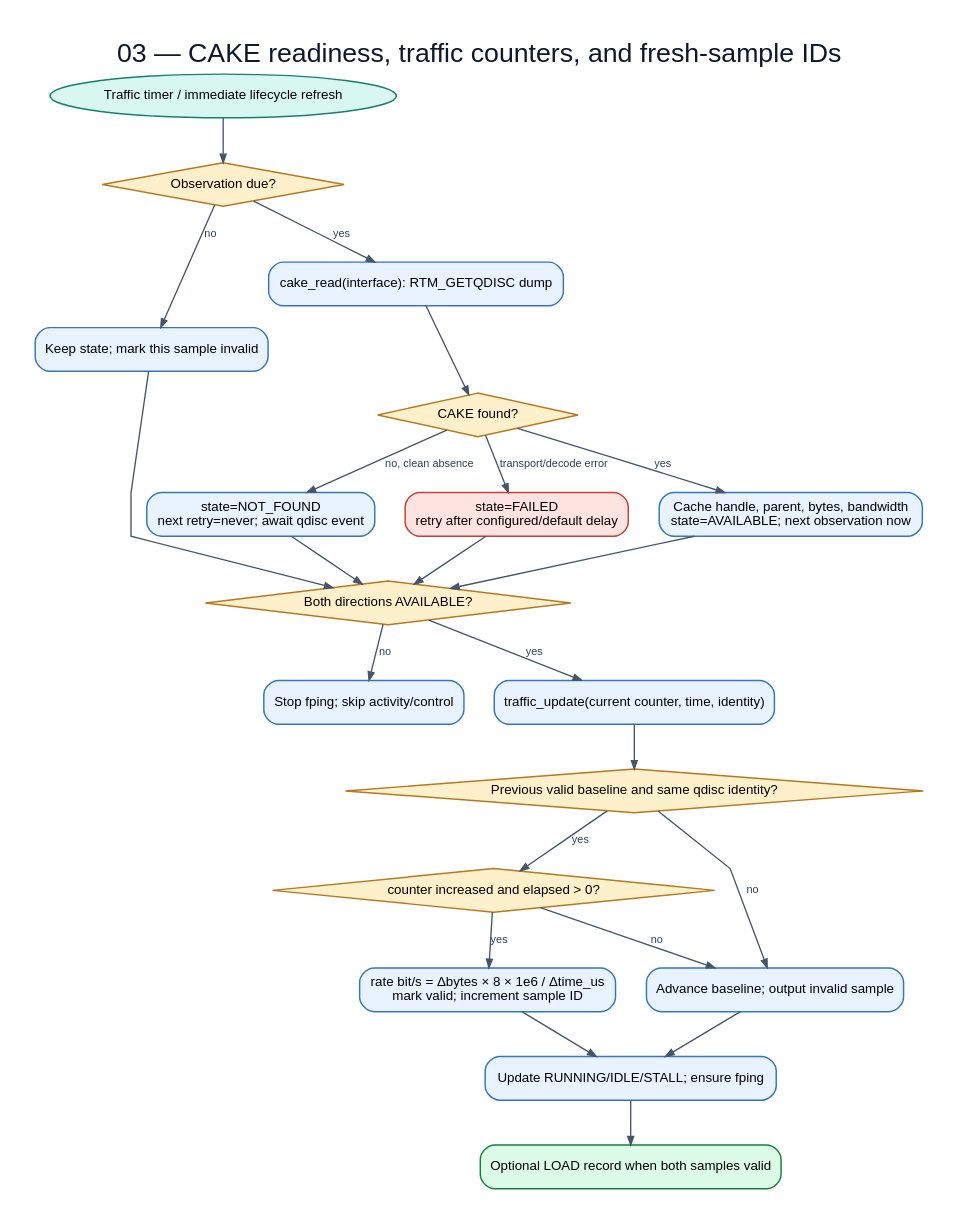
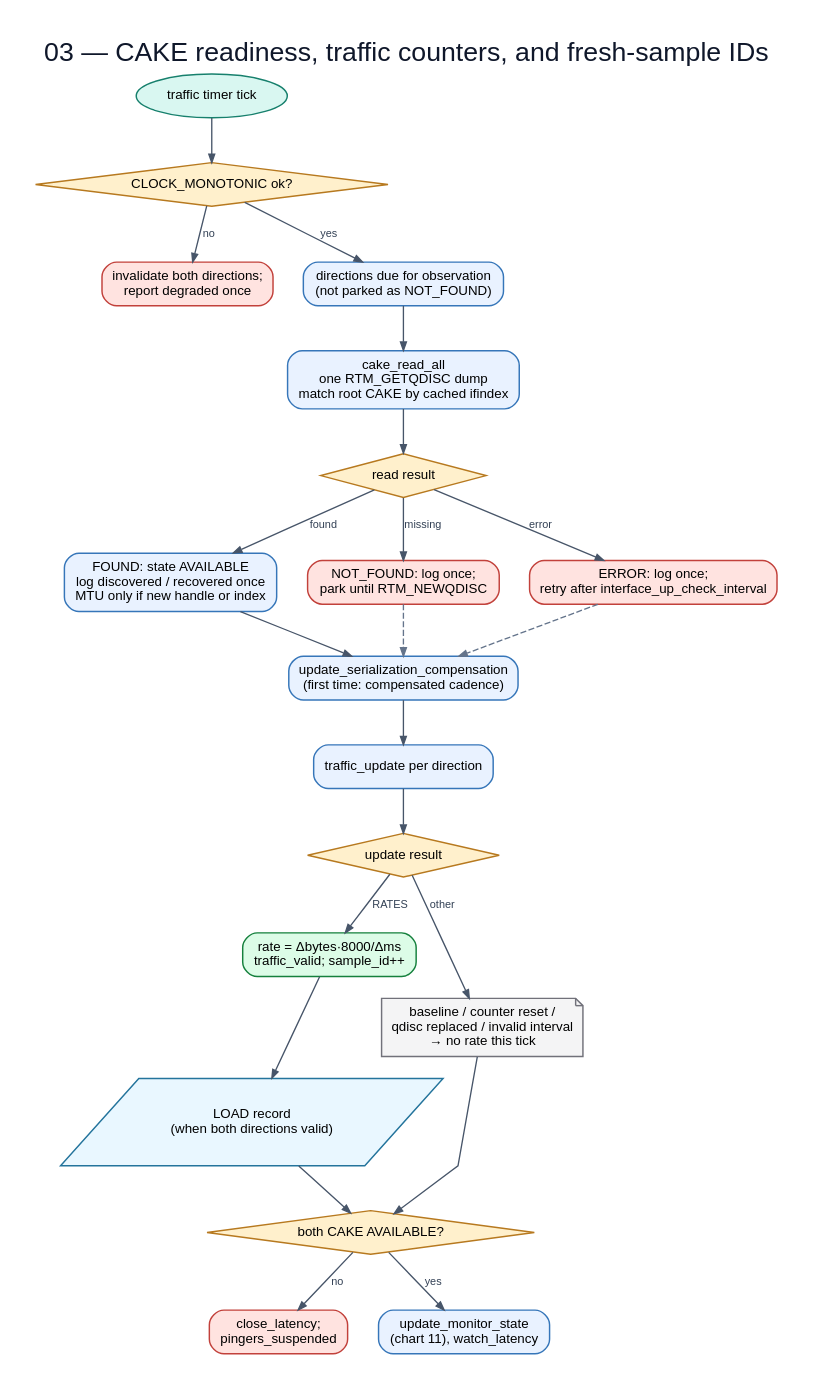
Before and after one commit to huydoan94/cake-adapt: the diagram in flowchart/diagrams/03-cake-and-traffic.dot, drawn with Graphviz. The commit also changed 38 other files, not shown here.

First line of the commit message:
Redraw the flowcharts from the current sources

```diff
--- a/flowchart/diagrams/03-cake-and-traffic.dot
+++ b/flowchart/diagrams/03-cake-and-traffic.dot
@@ -1,43 +1,43 @@
 digraph G {
   graph [rankdir=TB,bgcolor="white",pad="0.30",nodesep="0.35",ranksep="0.48",splines=polyline,fontname="Arial",label="03 — CAKE readiness, traffic counters, and fresh-sample IDs",labelloc=t,fontsize=22,fontcolor="#0f172a"];
   node [fontname="Arial",fontsize=11,margin="0.14,0.09",penwidth=1.2];
   edge [fontname="Arial",fontsize=9,color="#475569",fontcolor="#334155",arrowsize=0.7,penwidth=1.1];
-  tick [label="Traffic timer / immediate lifecycle refresh",shape=oval,style="filled",fillcolor="#d9f7f1",color="#17806d"];
-  due [label="Observation due?",shape=diamond,style="filled",fillcolor="#fff0cc",color="#b7791f"];
-  cached [label="Keep state; mark this sample invalid",shape=box,style="rounded,filled",fillcolor="#e9f2ff",color="#3676b9"];
-  dump [label="cake_read(interface): RTM_GETQDISC dump",shape=box,style="rounded,filled",fillcolor="#e9f2ff",color="#3676b9"];
-  found [label="CAKE found?",shape=diamond,style="filled",fillcolor="#fff0cc",color="#b7791f"];
-  avail [label="Cache handle, parent, bytes, bandwidth\nstate=AVAILABLE; next observation now",shape=box,style="rounded,filled",fillcolor="#e9f2ff",color="#3676b9"];
-  notfound [label="state=NOT_FOUND\nnext retry=never; await qdisc event",shape=box,style="rounded,filled",fillcolor="#e9f2ff",color="#3676b9"];
-  failed [label="state=FAILED\nretry after configured/default delay",shape=box,style="rounded,filled",fillcolor="#ffe3e0",color="#c2413b"];
-  ready [label="Both directions AVAILABLE?",shape=diamond,style="filled",fillcolor="#fff0cc",color="#b7791f"];
-  close [label="Stop fping; skip activity/control",shape=box,style="rounded,filled",fillcolor="#e9f2ff",color="#3676b9"];
-  sample [label="traffic_update(current counter, time, identity)",shape=box,style="rounded,filled",fillcolor="#e9f2ff",color="#3676b9"];
-  baseline [label="Previous valid baseline and same qdisc identity?",shape=diamond,style="filled",fillcolor="#fff0cc",color="#b7791f"];
-  delta [label="counter increased and elapsed > 0?",shape=diamond,style="filled",fillcolor="#fff0cc",color="#b7791f"];
-  invalid [label="Advance baseline; output invalid sample",shape=box,style="rounded,filled",fillcolor="#e9f2ff",color="#3676b9"];
-  rate [label="rate bit/s = Δbytes × 8 × 1e6 / Δtime_us\nmark valid; increment sample ID",shape=box,style="rounded,filled",fillcolor="#e9f2ff",color="#3676b9"];
-  activity [label="Update RUNNING/IDLE/STALL; ensure fping",shape=box,style="rounded,filled",fillcolor="#e9f2ff",color="#3676b9"];
-  log [label="Optional LOAD record when both samples valid",shape=box,style="rounded,filled,bold",fillcolor="#dcfce7",color="#15803d"];
-  tick -> due;
-  due -> cached [label="no"];
-  due -> dump [label="yes"];
-  dump -> found;
-  found -> avail [label="yes"];
-  found -> notfound [label="no, clean absence"];
-  found -> failed [label="transport/decode error"];
-  cached -> ready;
-  avail -> ready;
-  notfound -> ready;
-  failed -> ready;
-  ready -> close [label="no"];
-  ready -> sample [label="yes"];
-  sample -> baseline;
-  baseline -> invalid [label="no"];
-  baseline -> delta [label="yes"];
-  delta -> invalid [label="no"];
-  delta -> rate [label="yes"];
-  invalid -> activity;
-  rate -> activity;
-  activity -> log;
+  tick [label="traffic timer tick",shape=oval,style="filled",fillcolor="#d9f7f1",color="#17806d"];
+  clock [label="CLOCK_MONOTONIC ok?",shape=diamond,style="filled",fillcolor="#fff0cc",color="#b7791f"];
+  clockfail [label="invalidate both directions;\nreport degraded once",shape=box,style="rounded,filled",fillcolor="#ffe3e0",color="#c2413b"];
+  due [label="directions due for observation\n(not parked as NOT_FOUND)",shape=box,style="rounded,filled",fillcolor="#e9f2ff",color="#3676b9"];
+  dump [label="cake_read_all\none RTM_GETQDISC dump\nmatch root CAKE by cached ifindex",shape=box,style="rounded,filled",fillcolor="#e9f2ff",color="#3676b9"];
+  result [label="read result",shape=diamond,style="filled",fillcolor="#fff0cc",color="#b7791f"];
+  found [label="FOUND: state AVAILABLE\nlog discovered / recovered once\nMTU only if new handle or index",shape=box,style="rounded,filled",fillcolor="#e9f2ff",color="#3676b9"];
+  notfound [label="NOT_FOUND: log once;\npark until RTM_NEWQDISC",shape=box,style="rounded,filled",fillcolor="#ffe3e0",color="#c2413b"];
+  error [label="ERROR: log once;\nretry after interface_up_check_interval",shape=box,style="rounded,filled",fillcolor="#ffe3e0",color="#c2413b"];
+  comp [label="update_serialization_compensation\n(first time: compensated cadence)",shape=box,style="rounded,filled",fillcolor="#e9f2ff",color="#3676b9"];
+  traffic [label="traffic_update per direction",shape=box,style="rounded,filled",fillcolor="#e9f2ff",color="#3676b9"];
+  tresult [label="update result",shape=diamond,style="filled",fillcolor="#fff0cc",color="#b7791f"];
+  rate [label="rate = Δbytes·8000/Δms\ntraffic_valid; sample_id++",shape=box,style="rounded,filled,bold",fillcolor="#dcfce7",color="#15803d"];
+  rebase [label="baseline / counter reset /\nqdisc replaced / invalid interval\n→ no rate this tick",shape=note,style="filled",fillcolor="#f4f4f5",color="#71717a"];
+  load [label="LOAD record\n(when both directions valid)",shape=parallelogram,style="filled",fillcolor="#e9f7ff",color="#24749c"];
+  ready [label="both CAKE AVAILABLE?",shape=diamond,style="filled",fillcolor="#fff0cc",color="#b7791f"];
+  suspend [label="close_latency;\npingers_suspended",shape=box,style="rounded,filled",fillcolor="#ffe3e0",color="#c2413b"];
+  activity [label="update_monitor_state\n(chart 11), watch_latency",shape=box,style="rounded,filled",fillcolor="#e9f2ff",color="#3676b9"];
+  tick -> clock;
+  clock -> clockfail [label="no"];
+  clock -> due [label="yes"];
+  due -> dump;
+  dump -> result;
+  result -> found [label="found"];
+  result -> notfound [label="missing"];
+  result -> error [label="error"];
+  found -> comp;
+  notfound -> comp [style=dashed,color="#64748b"];
+  error -> comp [style=dashed,color="#64748b"];
+  comp -> traffic;
+  traffic -> tresult;
+  tresult -> rate [label="RATES"];
+  tresult -> rebase [label="other"];
+  rate -> load;
+  load -> ready;
+  rebase -> ready;
+  ready -> suspend [label="no"];
+  ready -> activity [label="yes"];
 }
```
